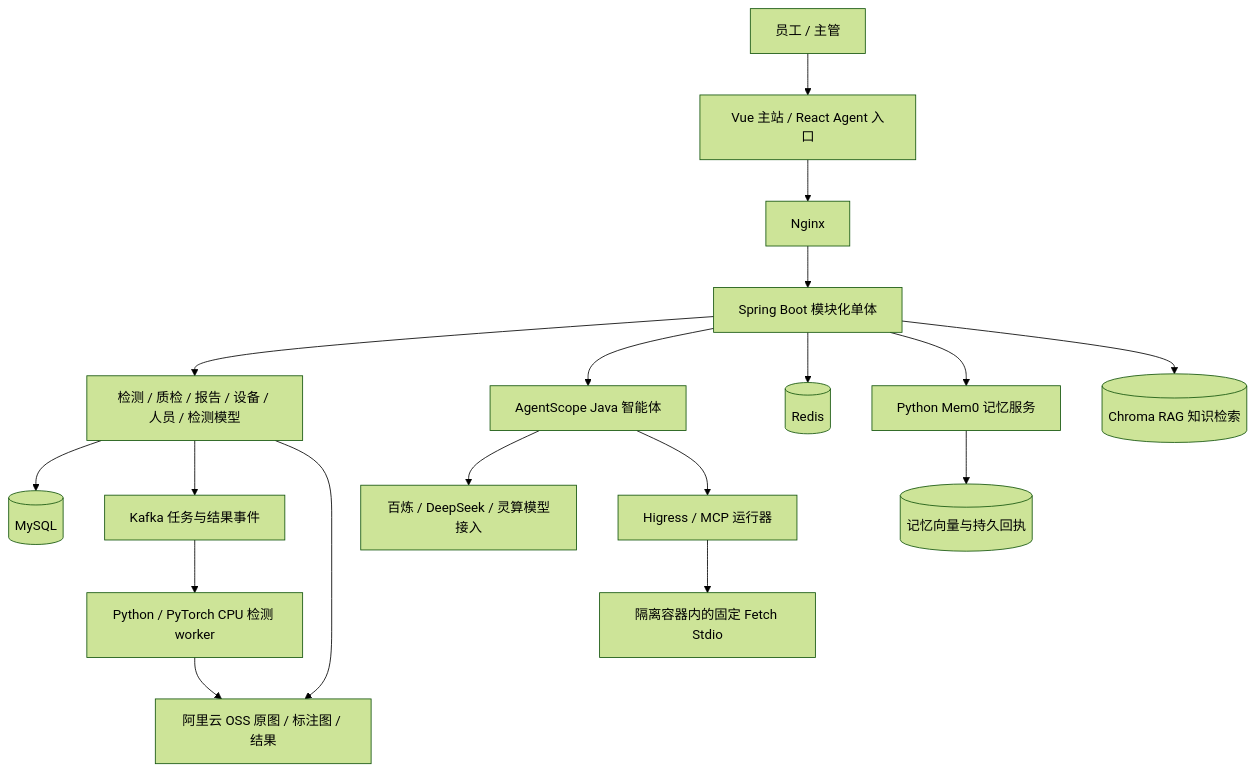
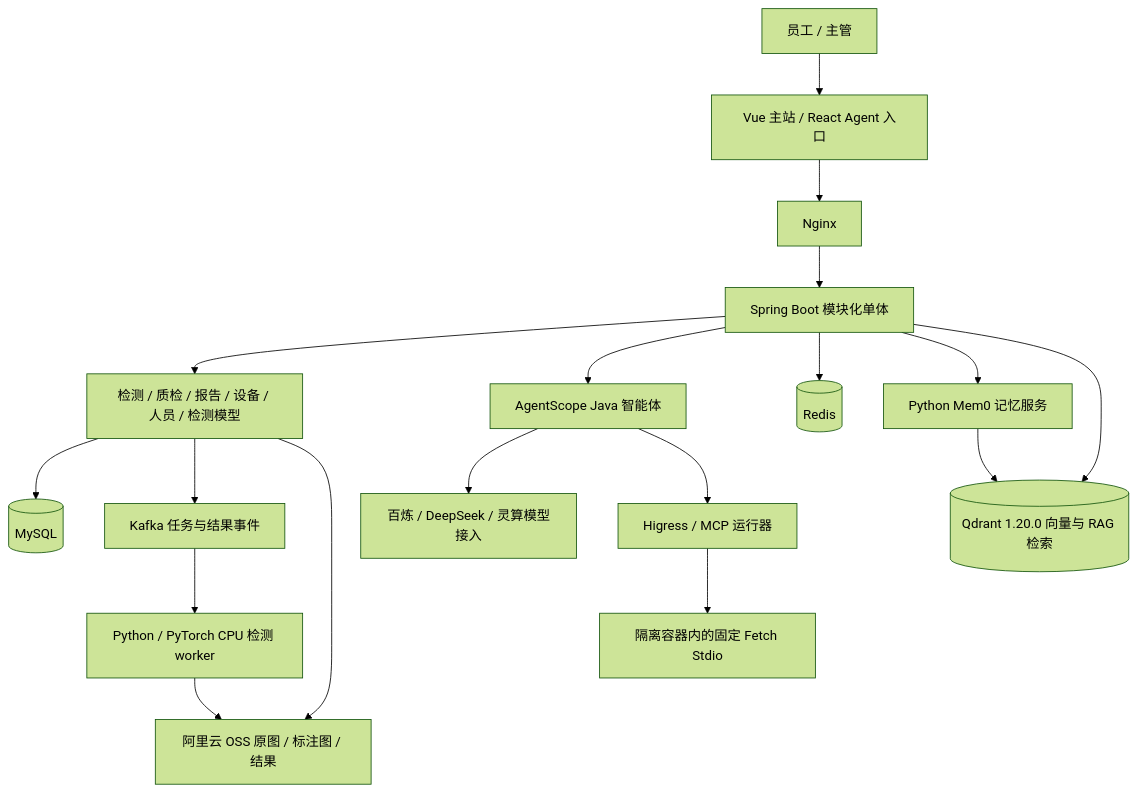
The diagram in docs/monolith/系统功能说明.md (baoshijie9184-ui/Container-door-handle-catch), drawn with Mermaid (forest theme) before and after one commit. The commit also changed other lines of this file and 27 other files, not shown here.

````diff
--- a/docs/monolith/系统功能说明.md
+++ b/docs/monolith/系统功能说明.md
@@ -14,20 +14,20 @@
 ```mermaid
 flowchart TB
     U[员工 / 主管] --> WEB[Vue 主站 / React Agent 入口]
     WEB --> N[Nginx]
     N --> J[Spring Boot 模块化单体]
     J --> B[检测 / 质检 / 报告 / 设备 / 人员 / 检测模型]
     J --> A[AgentScope Java 智能体]
     B --> DB[(MySQL)]
     J --> R[(Redis)]
     B --> K[Kafka 任务与结果事件]
     K --> P[Python / PyTorch CPU 检测 worker]
     P --> O[阿里云 OSS 原图 / 标注图 / 结果]
     B --> O
     A --> L[百炼 / DeepSeek / 灵算模型接入]
     J --> M[Python Mem0 记忆服务]
-    M --> MC[(记忆向量与持久回执)]
-    J --> C[(Chroma RAG 知识检索)]
+    M --> Q[(Qdrant 1.20.0 向量与 RAG 检索)]
+    J --> Q
     A --> H[Higress / MCP 运行器]
     H --> F[隔离容器内的固定 Fetch Stdio]
 ```
````
